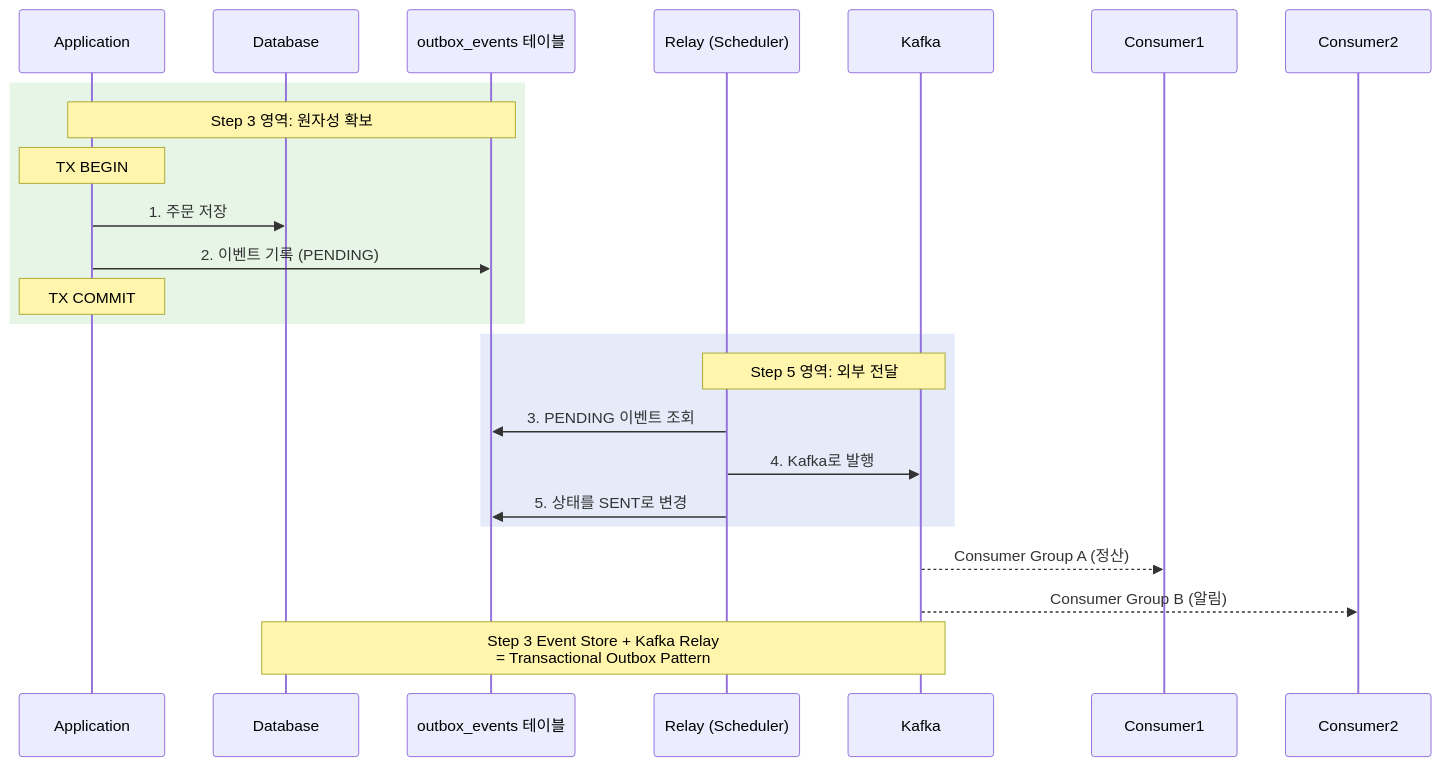
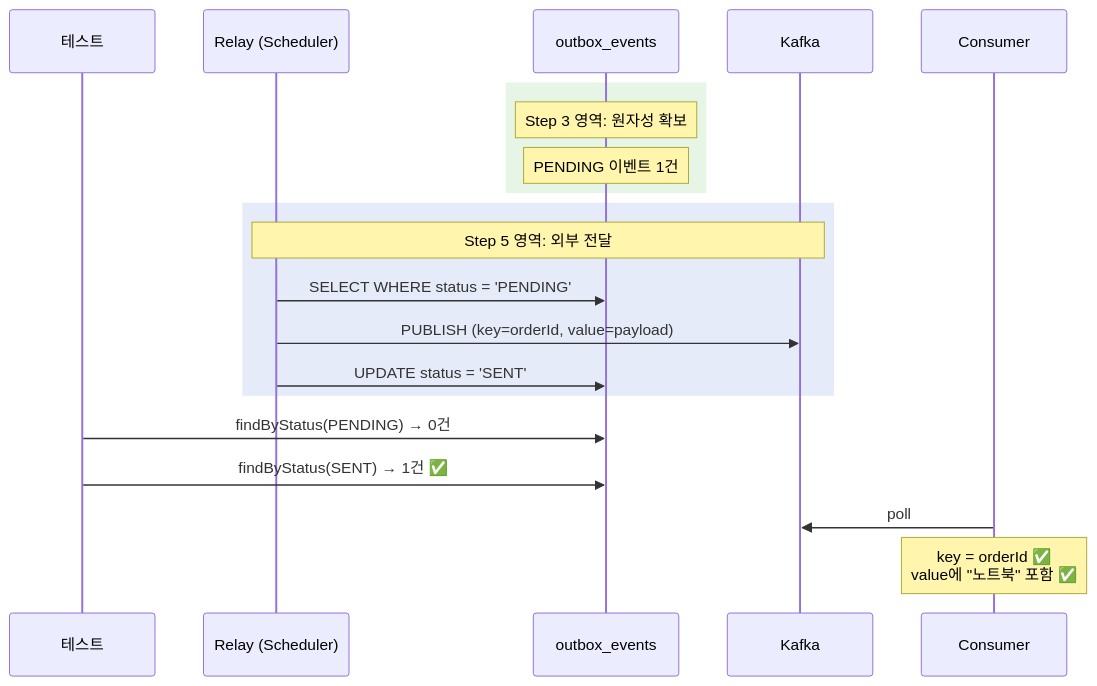
Diagram 11 of 12 in src/test/java/com/example/messaging/step5_kafka/README.md (katiekim17/messaging-lab), drawn with Mermaid before and after one commit. The commit also changed other lines of this file and 6 other files, not shown here.

````diff
--- a/src/test/java/com/example/messaging/step5_kafka/README.md
+++ b/src/test/java/com/example/messaging/step5_kafka/README.md
@@ -98,28 +249,26 @@
 ```mermaid
 sequenceDiagram
-    participant App as Application
-    participant DB as Database
-    participant Outbox as outbox_events 테이블
+    participant Test as 테스트
     participant Relay as Relay (Scheduler)
-    participant Kafka
+    participant OB as outbox_events
+    participant Kafka as Kafka
+    participant Cons as Consumer
 
     rect rgb(230, 245, 230)
-    Note over App,Outbox: Step 3 영역: 원자성 확보
-    Note over App: TX BEGIN
-    App->>DB: 1. 주문 저장
-    App->>Outbox: 2. 이벤트 기록 (PENDING)
-    Note over App: TX COMMIT
+        Note over OB: Step 3 영역: 원자성 확보
+        Note over OB: PENDING 이벤트 1건
     end
 
     rect rgb(230, 235, 250)
-    Note over Relay,Kafka: Step 5 영역: 외부 전달
-    Relay->>Outbox: 3. PENDING 이벤트 조회
-    Relay->>Kafka: 4. Kafka로 발행
-    Relay->>Outbox: 5. 상태를 SENT로 변경
+        Note over Relay,Kafka: Step 5 영역: 외부 전달
+        Relay->>OB: SELECT WHERE status = 'PENDING'
+        Relay->>Kafka: PUBLISH (key=orderId, value=payload)
+        Relay->>OB: UPDATE status = 'SENT'
     end
 
-    Kafka-->>Consumer1: Consumer Group A (정산)
-    Kafka-->>Consumer2: Consumer Group B (알림)
+    Test->>OB: findByStatus(PENDING) → 0건
+    Test->>OB: findByStatus(SENT) → 1건 ✅
 
-    Note over DB,Kafka: Step 3 Event Store + Kafka Relay<br/>= Transactional Outbox Pattern
+    Cons->>Kafka: poll
+    Note over Cons: key = orderId ✅<br/>value에 "노트북" 포함 ✅
 ```
````
